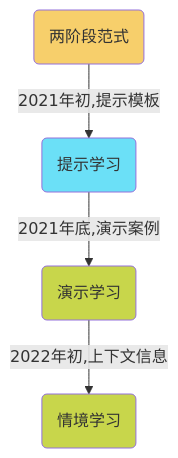
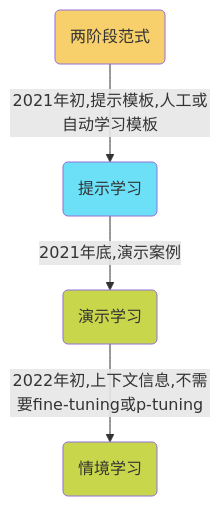
The diagram in _posts/2021-11-10-prompt.md (Gaohaoyang/gaohaoyang.github.io), drawn with Mermaid before and after one commit. The commit also changed other lines of this file, not shown here.

```diff
--- a/_posts/2021-11-10-prompt.md
+++ b/_posts/2021-11-10-prompt.md
@@ -891,13 +891,13 @@
 <div class="mermaid">
     flowchart TD
     %% 节点颜色
     classDef red fill:#f02;
     classDef green fill:#5CF77B;
     classDef blue fill:#6BE0F7;
     classDef orange fill:#F7CF6B;
     classDef grass fill:#C8D64B;
     %%节点关系定义
-    O(两阶段范式):::orange-->|2021年初,提示模板|A(提示学习):::blue
+    O(两阶段范式):::orange-->|2021年初,提示模板,人工或自动学习模板|A(提示学习):::blue
     A-->|2021年底,演示案例|B(演示学习):::grass
-    B-->|2022年初,上下文信息|C(情境学习):::grass
+    B-->|2022年初,上下文信息,不需要fine-tuning或p-tuning|C(情境学习):::grass
 </div>
```
